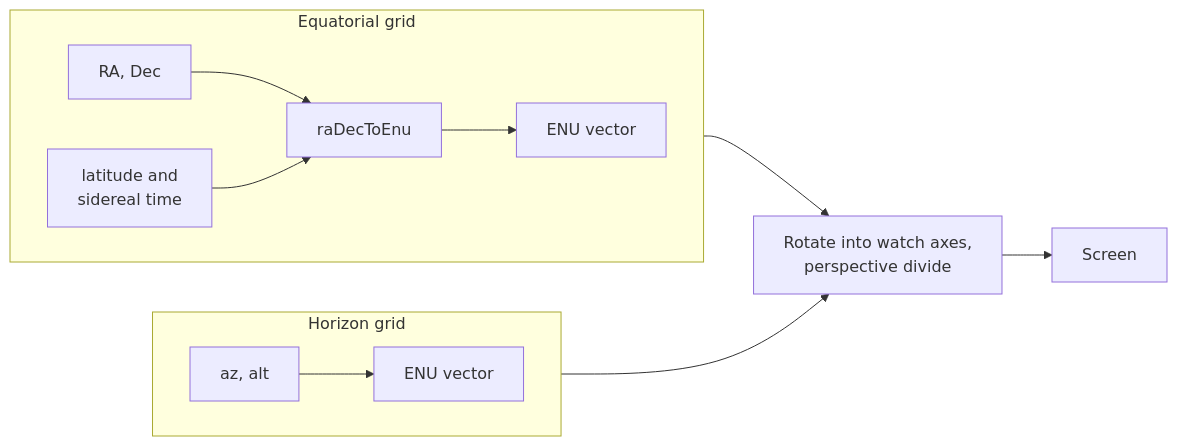
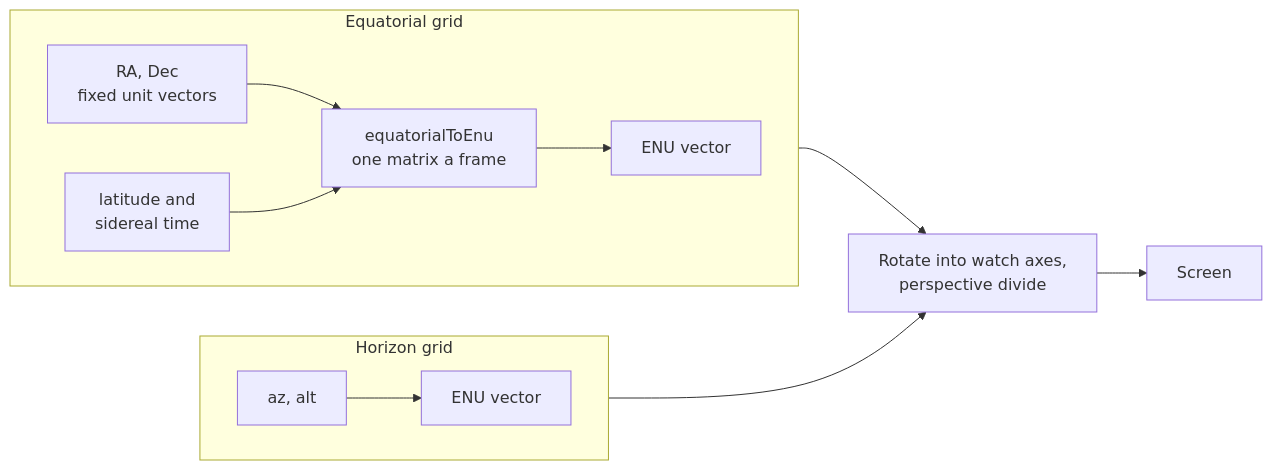
One commit to Cvar1984/Miniverse changed the fourth of 5 diagrams in README.md. Above: the diagram before and after it, drawn with Mermaid. The commit also changed other lines of this file and 11 other files, not shown here.

````diff
--- a/README.md
+++ b/README.md
@@ -621,16 +629,16 @@
 ```mermaid
 flowchart LR
     subgraph H["Horizon grid"]
         direction LR
         HA["az, alt"] --> HB["ENU vector"]
     end
     subgraph E["Equatorial grid"]
         direction LR
-        EA["RA, Dec"] --> EB["raDecToEnu"]
+        EA["RA, Dec<br/>fixed unit vectors"] --> EB["equatorialToEnu<br/>one matrix a frame"]
         LATLST["latitude and<br/>sidereal time"] --> EB
         EB --> EC["ENU vector"]
     end
     HB --> P["Rotate into watch axes,<br/>perspective divide"]
     EC --> P
     P --> SCR["Screen"]
 ```
````
